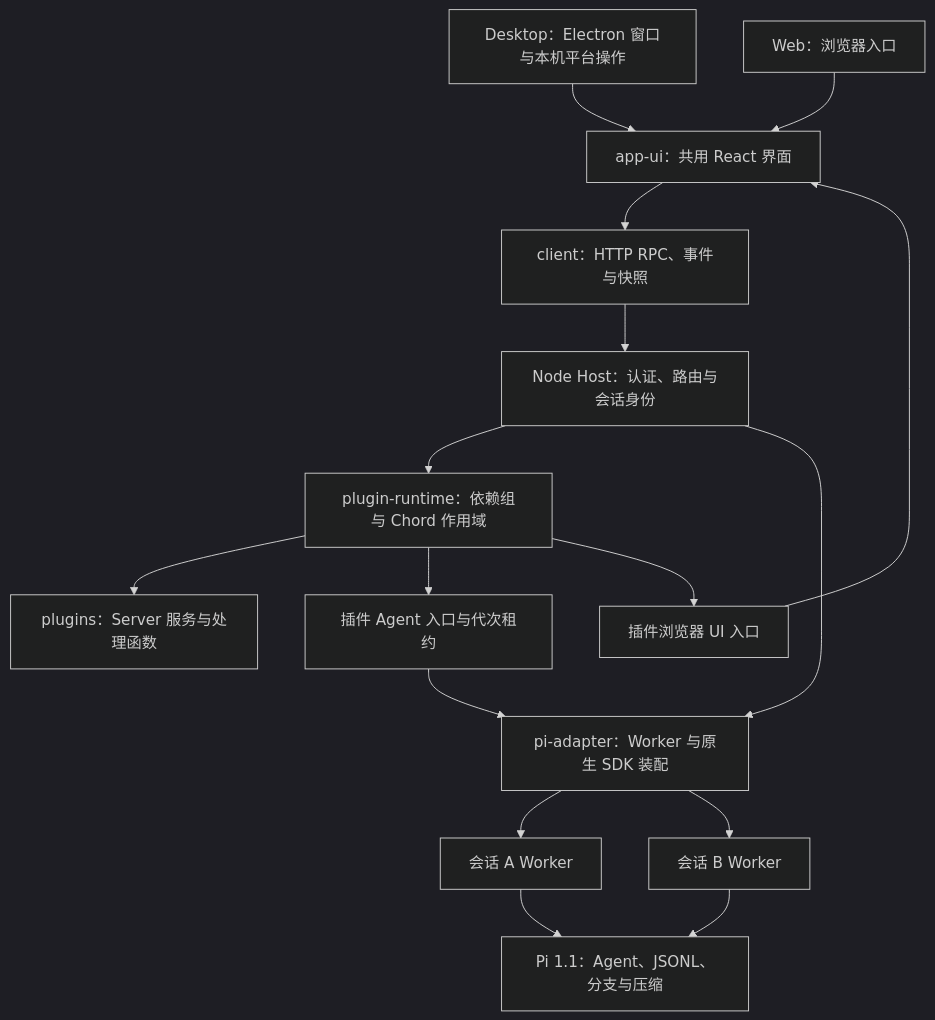
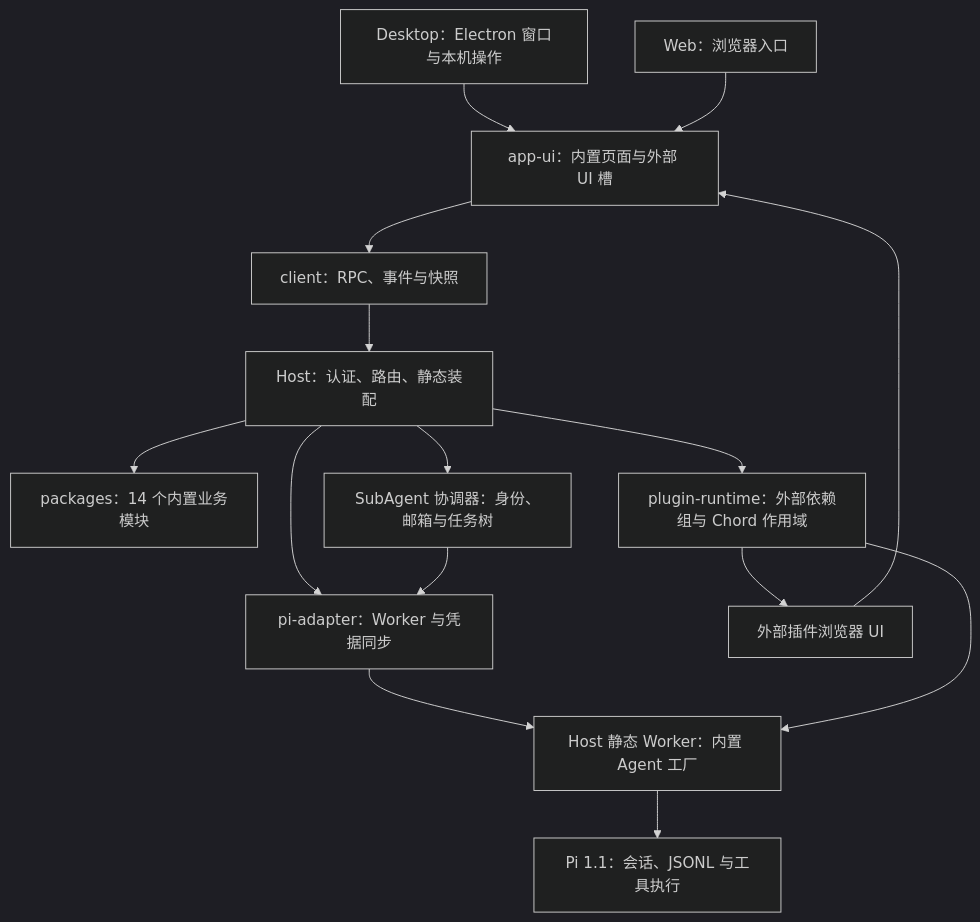
The first of 4 diagrams in docs/architecture.md (xidongdong-153/Pi-meme), drawn with Mermaid before and after one commit. The commit also changed other lines of this file and 370 other files, not shown here.

````diff
--- a/docs/architecture.md
+++ b/docs/architecture.md
@@ -5,19 +7,18 @@
 ```mermaid
 %%{init: {"theme": "dark"}}%%
 flowchart TD
-  Desktop["Desktop：Electron 窗口与本机平台操作"] --> App["app-ui：共用 React 界面"]
+  Desktop["Desktop：Electron 窗口与本机操作"] --> App["app-ui：内置页面与外部 UI 槽"]
   Web["Web：浏览器入口"] --> App
-  App --> Client["client：HTTP RPC、事件与快照"]
-  Client --> Host["Node Host：认证、路由与会话身份"]
-  Host --> Plugins["plugin-runtime：依赖组与 Chord 作用域"]
-  Plugins --> Server["plugins：Server 服务与处理函数"]
-  Host --> Adapter["pi-adapter：Worker 与原生 SDK 装配"]
-  Adapter --> WorkerA["会话 A Worker"]
-  Adapter --> WorkerB["会话 B Worker"]
-  WorkerA --> Pi["Pi 1.1：Agent、JSONL、分支与压缩"]
-  WorkerB --> Pi
-  Plugins --> Agent["插件 Agent 入口与代次租约"]
-  Agent --> Adapter
-  Plugins --> UI["插件浏览器 UI 入口"]
-  UI --> App
+  App --> Client["client：RPC、事件与快照"]
+  Client --> Host["Host：认证、路由、静态装配"]
+  Host --> Builtins["packages：14 个内置业务模块"]
+  Host --> Plugins["plugin-runtime：外部依赖组与 Chord 作用域"]
+  Host --> Coordinator["SubAgent 协调器：身份、邮箱与任务树"]
+  Host --> Adapter["pi-adapter：Worker 与凭据同步"]
+  Coordinator --> Adapter
+  Adapter --> Worker["Host 静态 Worker：内置 Agent 工厂"]
+  Plugins --> Worker
+  Worker --> Pi["Pi 1.1：会话、JSONL 与工具执行"]
+  Plugins --> Slots["外部插件浏览器 UI"]
+  Slots --> App
 ```
````
